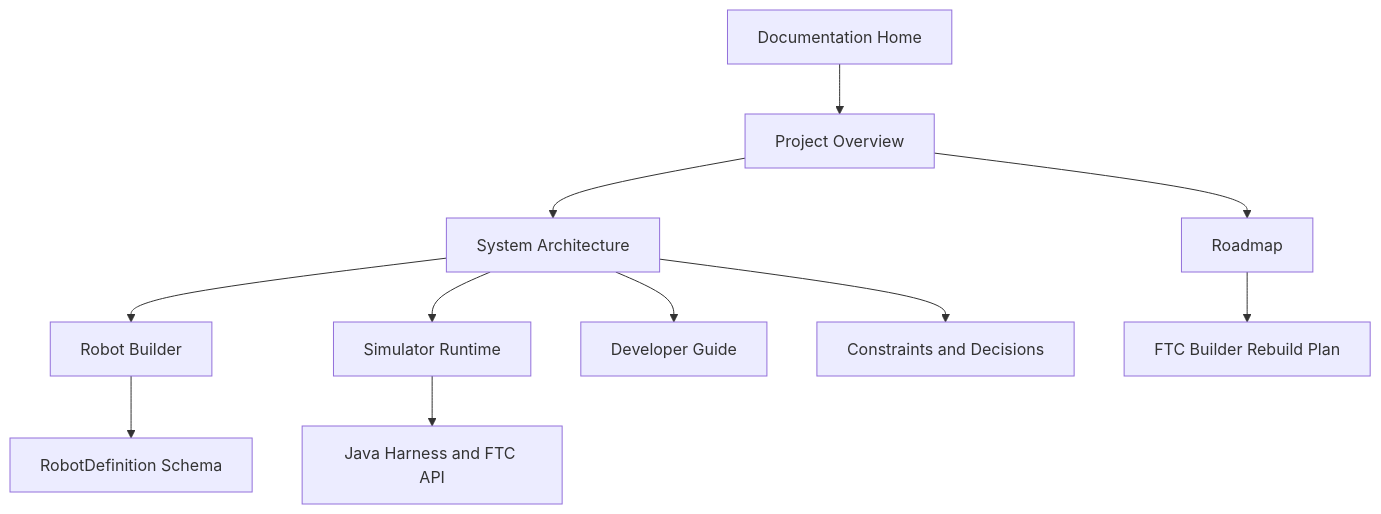
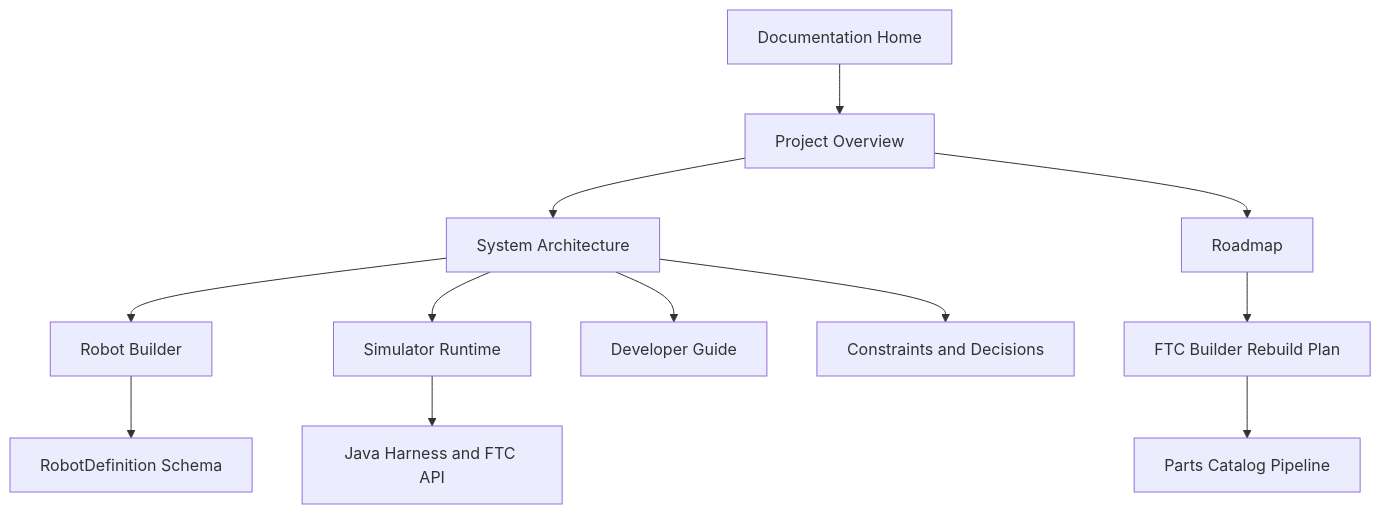
Before and after one commit to jpkaiser2/Code-A-Robot-Simulator: the diagram in documentation/README.md, drawn with Mermaid. The commit also changed other lines of this file and 16 other files, not shown here.

First line of the commit message:
Add parts catalog pipeline and validation

````diff
--- a/documentation/README.md
+++ b/documentation/README.md
@@ -39,13 +40,14 @@
 ```mermaid
 flowchart TD
     Home[Documentation Home] --> Overview[Project Overview]
     Overview --> Architecture[System Architecture]
     Architecture --> Builder[Robot Builder]
     Architecture --> Runtime[Simulator Runtime]
     Runtime --> Harness[Java Harness and FTC API]
     Builder --> Schema[RobotDefinition Schema]
     Architecture --> Guide[Developer Guide]
     Overview --> Roadmap[Roadmap]
     Architecture --> Decisions[Constraints and Decisions]
     Roadmap --> Rebuild[FTC Builder Rebuild Plan]
+    Rebuild --> Catalog[Parts Catalog Pipeline]
 ```
````
